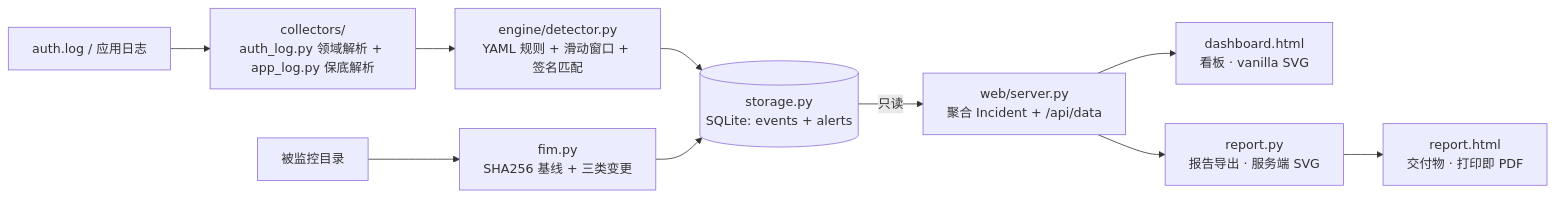
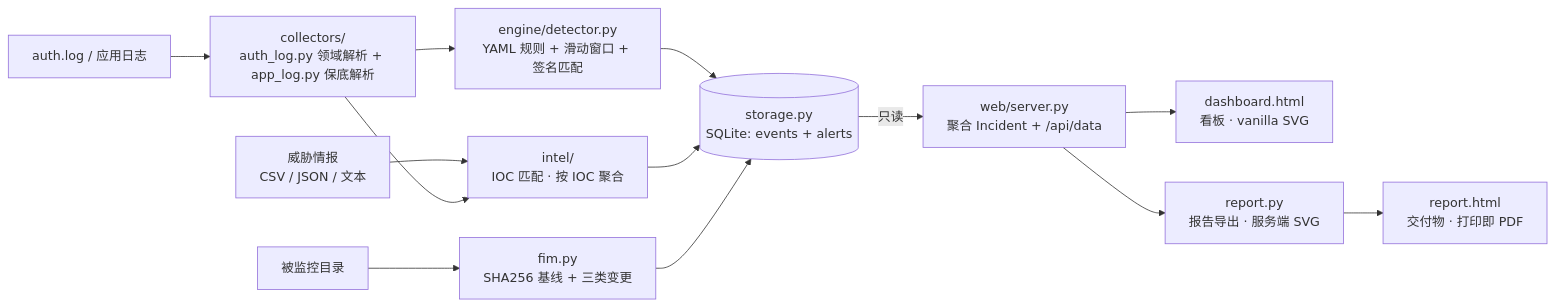
One commit to yliucherish/sentinelwatch changed the diagram in README.md. Above: the diagram before and after it, drawn with Mermaid. The commit also changed other lines of this file and 6 other files, not shown here.

First line of the commit message:
feat(intel): 威胁情报 IOC 匹配层（v1.1）

````diff
--- a/README.md
+++ b/README.md
@@ -72,12 +79,15 @@
 ```mermaid
 flowchart LR
     A[auth.log / 应用日志] --> B[collectors/<br/>auth_log.py 领域解析 + app_log.py 保底解析]
     C[被监控目录] --> D[fim.py<br/>SHA256 基线 + 三类变更]
     B --> E[engine/detector.py<br/>YAML 规则 + 滑动窗口 + 签名匹配]
+    I2[威胁情报<br/>CSV / JSON / 文本] --> K[intel/<br/>IOC 匹配 · 按 IOC 聚合]
+    B --> K
     E --> F[(storage.py<br/>SQLite: events + alerts)]
+    K --> F
     D --> F
     F -->|只读| G[web/server.py<br/>聚合 Incident + /api/data]
     G --> H[dashboard.html<br/>看板 · vanilla SVG]
     G --> I[report.py<br/>报告导出 · 服务端 SVG]
     I --> J[report.html<br/>交付物 · 打印即 PDF]
 ```
````
